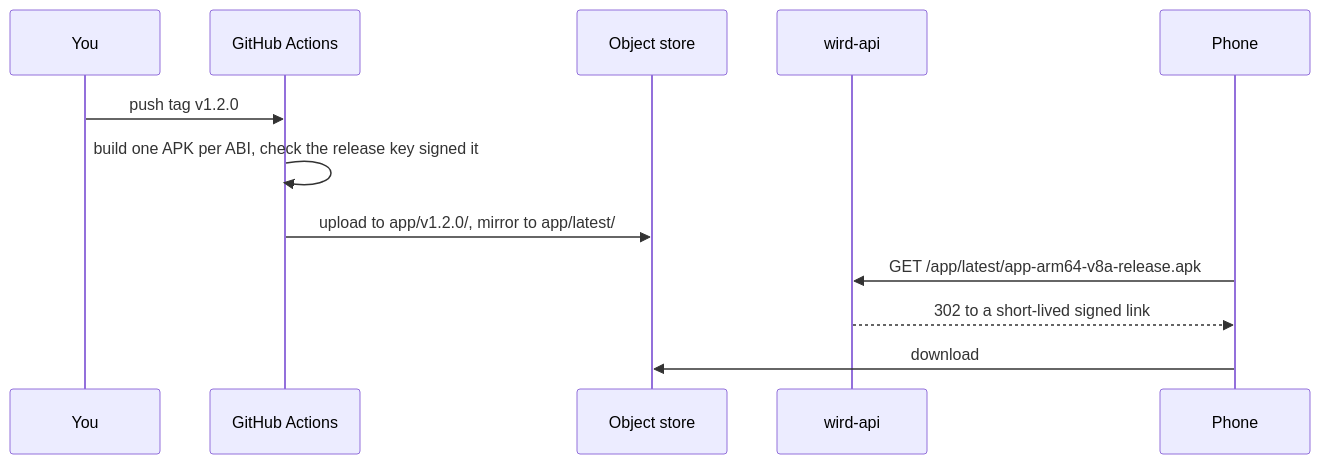
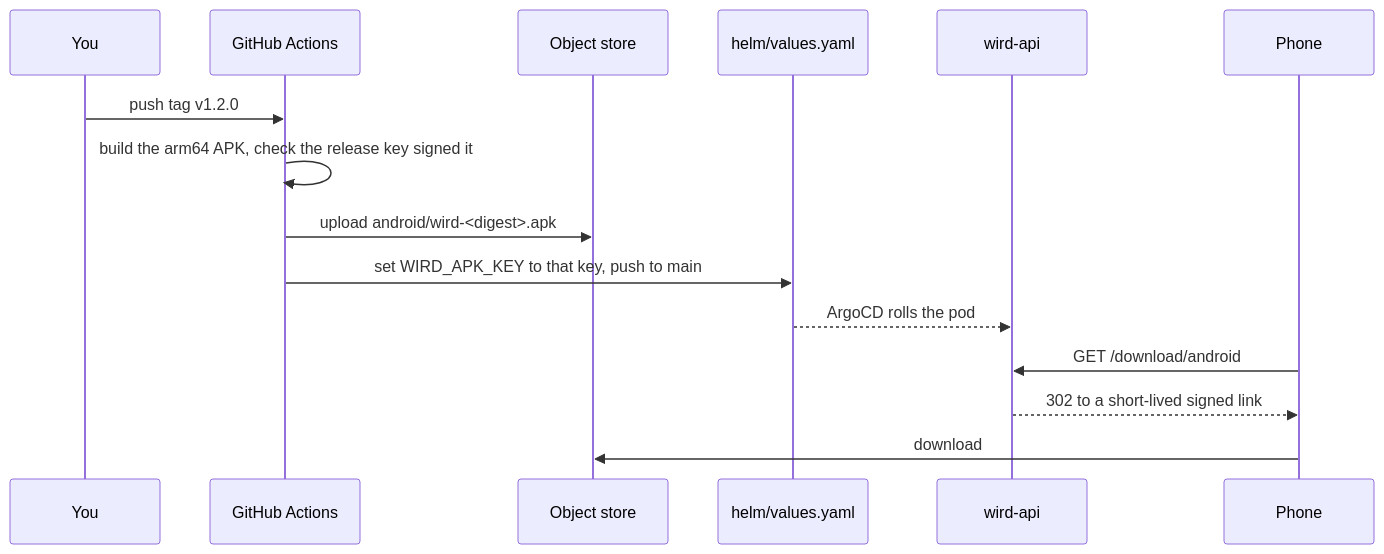
One commit to MohammadBnei/wird changed the diagram in docs/guides/releasing-the-apk.md. Above: the diagram before and after it, drawn with Mermaid. The commit also changed other lines of this file and 11 other files, not shown here.

First line of the commit message:
Publish the APK at /download/android instead of a route of its own

````diff
--- a/docs/guides/releasing-the-apk.md
+++ b/docs/guides/releasing-the-apk.md
@@ -5,15 +5,18 @@
 ```mermaid
 sequenceDiagram
   participant You
   participant GH as GitHub Actions
   participant OS as Object store
+  participant Git as helm/values.yaml
   participant API as wird-api
   participant Phone
 
   You->>GH: push tag v1.2.0
-  GH->>GH: build one APK per ABI, check the release key signed it
-  GH->>OS: upload to app/v1.2.0/, mirror to app/latest/
-  Phone->>API: GET /app/latest/app-arm64-v8a-release.apk
+  GH->>GH: build the arm64 APK, check the release key signed it
+  GH->>OS: upload android/wird-<digest>.apk
+  GH->>Git: set WIRD_APK_KEY to that key, push to main
+  Git-->>API: ArgoCD rolls the pod
+  Phone->>API: GET /download/android
   API-->>Phone: 302 to a short-lived signed link
   Phone->>OS: download
 ```
````
